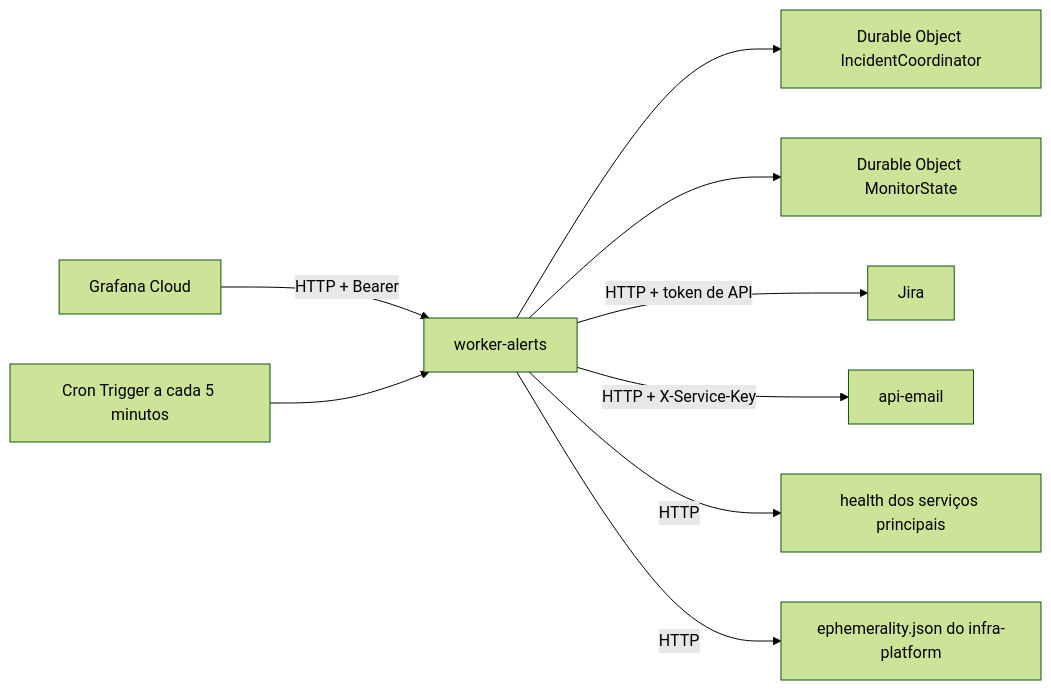
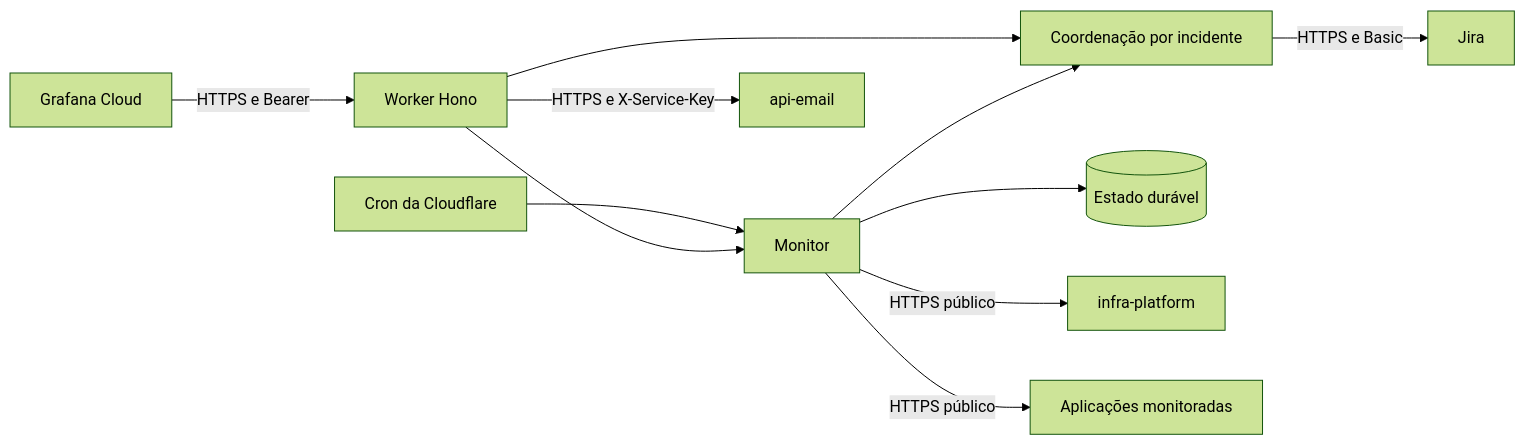
The diagram in readme/repositories/worker-alerts/docs/ARCHITECTURE.md (Solierrr/docs-warehouse), drawn with Mermaid (forest theme) before and after one commit. The commit also changed other lines of this file and 13 other files, not shown here.

First line of the commit message:
docs: document the worker-alerts repository (#86)

````diff
--- a/readme/repositories/worker-alerts/docs/ARCHITECTURE.md
+++ b/readme/repositories/worker-alerts/docs/ARCHITECTURE.md
@@ -9,11 +9,13 @@
 ```mermaid
 flowchart LR
-    Grafana[Grafana Cloud] -->|HTTP + Bearer| Worker[worker-alerts]
-    Cron[Cron Trigger a cada 5 minutos] --> Worker
-    Worker --> Incidentes[Durable Object IncidentCoordinator]
-    Worker --> Monitor[Durable Object MonitorState]
-    Worker -->|HTTP + token de API| Jira
-    Worker -->|HTTP + X-Service-Key| Email[api-email]
-    Worker -->|HTTP| Saude[health dos serviços principais]
-    Worker -->|HTTP| Efemeridade[ephemerality.json do infra-platform]
+ G[Grafana Cloud] -->|HTTPS e Bearer| W[Worker Hono]
+ C[Cron da Cloudflare] --> M[Monitor]
+ W --> I[Coordenação por incidente]
+ W --> M
+ I -->|HTTPS e Basic| J[Jira]
+ M --> I
+ M --> S[(Estado durável)]
+ M -->|HTTPS público| P[infra-platform]
+ M -->|HTTPS público| A[Aplicações monitoradas]
+ W -->|HTTPS e X-Service-Key| E[api-email]
 ```
````
